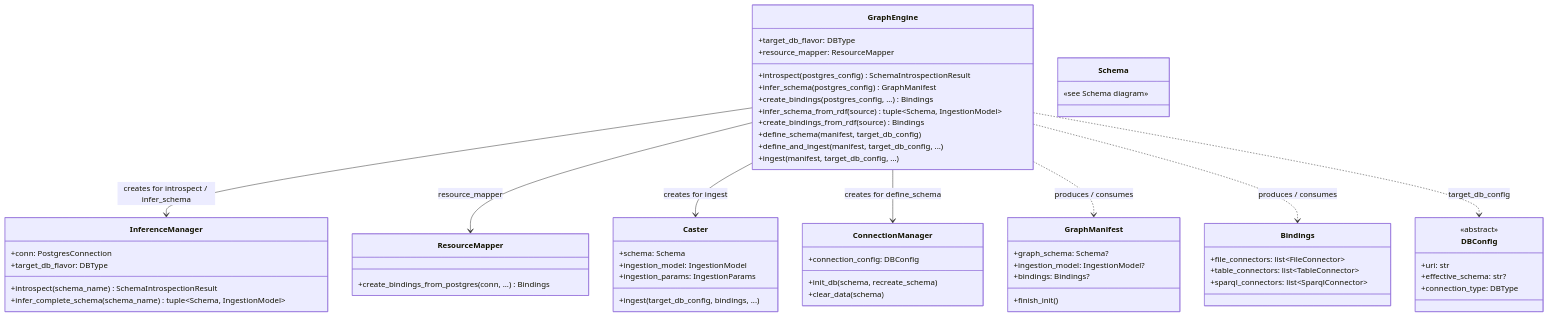
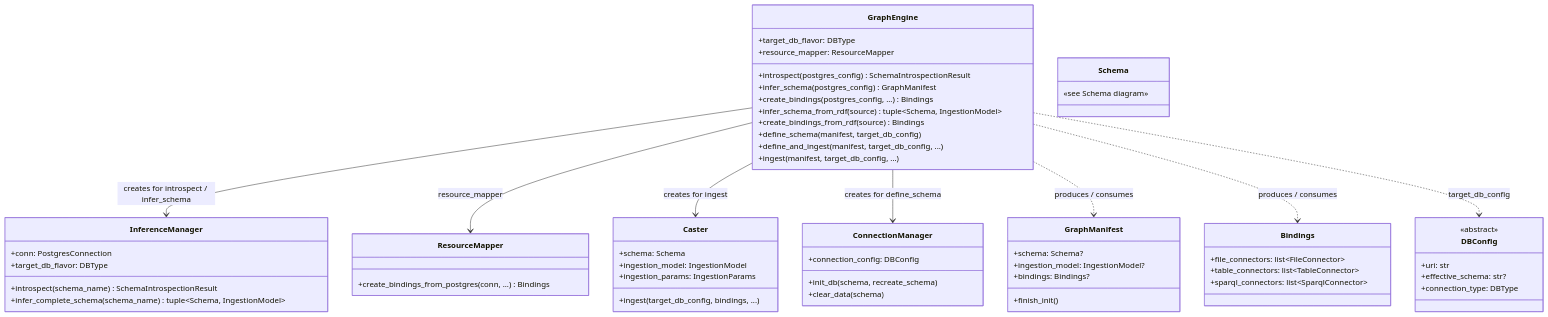
The third of 8 diagrams in docs/concepts/index.md (StevenBtw/graflo), drawn with Mermaid before and after one commit. The commit also changed other lines of this file and 230 other files, not shown here.

````diff
--- a/docs/concepts/index.md
+++ b/docs/concepts/index.md
@@ -123,73 +123,73 @@
 ```mermaid
 classDiagram
     direction TB
 
     class GraphEngine {
         +target_db_flavor: DBType
         +resource_mapper: ResourceMapper
         +introspect(postgres_config) SchemaIntrospectionResult
         +infer_schema(postgres_config) GraphManifest
         +create_bindings(postgres_config, ...) Bindings
         +infer_schema_from_rdf(source) tuple~Schema, IngestionModel~
         +create_bindings_from_rdf(source) Bindings
         +define_schema(manifest, target_db_config)
         +define_and_ingest(manifest, target_db_config, ...)
         +ingest(manifest, target_db_config, ...)
     }
 
     class InferenceManager {
         +conn: PostgresConnection
         +target_db_flavor: DBType
         +introspect(schema_name) SchemaIntrospectionResult
         +infer_complete_schema(schema_name) tuple~Schema, IngestionModel~
     }
 
     class ResourceMapper {
         +create_bindings_from_postgres(conn, ...) Bindings
     }
 
     class Caster {
         +schema: Schema
         +ingestion_model: IngestionModel
         +ingestion_params: IngestionParams
         +ingest(target_db_config, bindings, ...)
     }
 
     class ConnectionManager {
         +connection_config: DBConfig
         +init_db(schema, recreate_schema)
         +clear_data(schema)
     }
 
     class Schema {
         «see Schema diagram»
     }
 
     class GraphManifest {
-        +graph_schema: Schema?
+        +schema: Schema?
         +ingestion_model: IngestionModel?
         +bindings: Bindings?
         +finish_init()
     }
 
     class Bindings {
         +file_connectors: list~FileConnector~
         +table_connectors: list~TableConnector~
         +sparql_connectors: list~SparqlConnector~
     }
 
     class DBConfig {
         <<abstract>>
         +uri: str
         +effective_schema: str?
         +connection_type: DBType
     }
 
     GraphEngine --> InferenceManager : creates for introspect / infer_schema
     GraphEngine --> ResourceMapper : resource_mapper
     GraphEngine --> Caster : creates for ingest
     GraphEngine --> ConnectionManager : creates for define_schema
     GraphEngine ..> GraphManifest : produces / consumes
     GraphEngine ..> Bindings : produces / consumes
     GraphEngine ..> DBConfig : target_db_config
 ```
````
